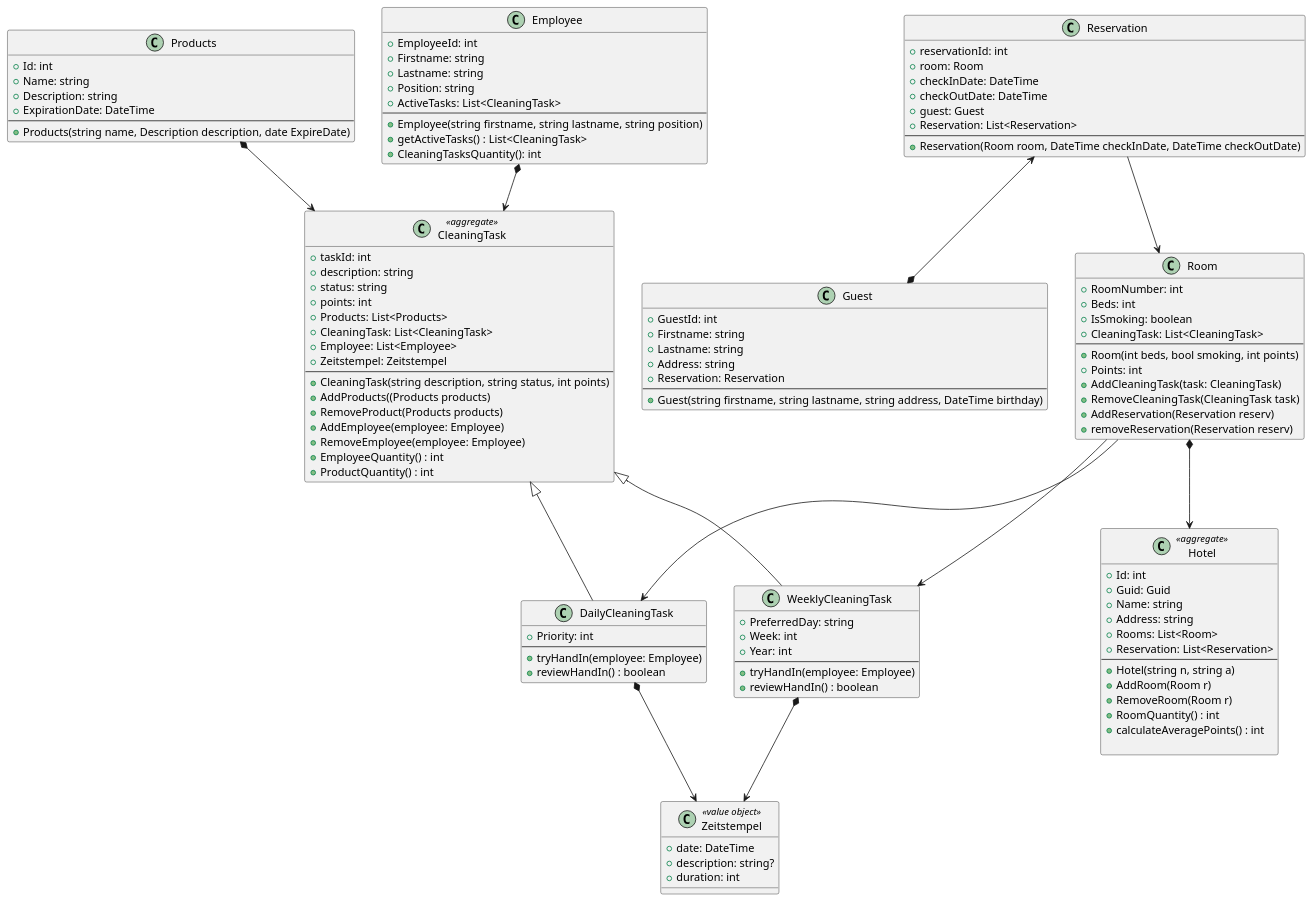
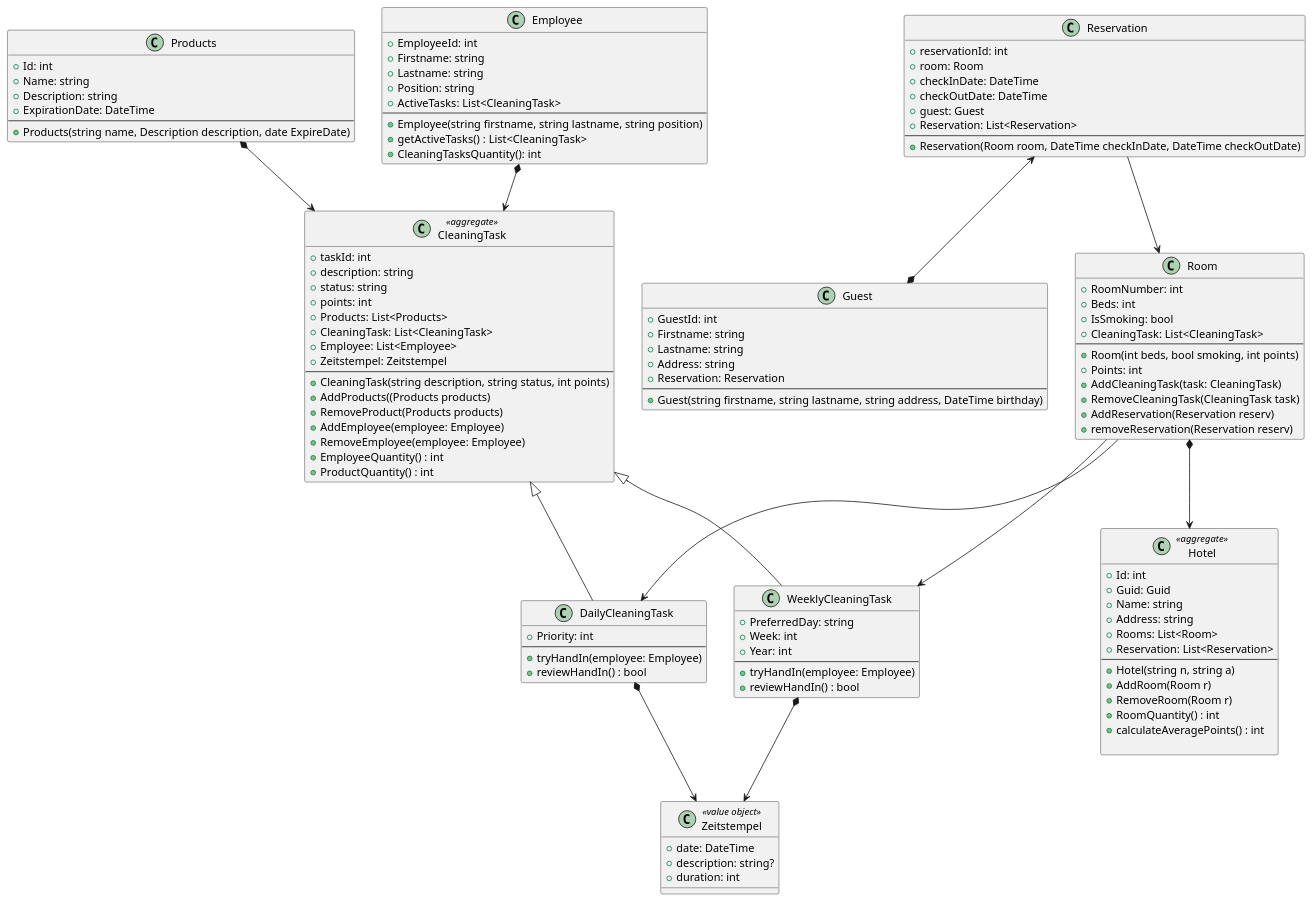
Before and after one commit to LukasW2/Reinigungsverwaltung_Wezo: the diagram in Diagram/diagram.puml, drawn with PlantUML. The commit also changed 9 other files, not shown here.

```diff
--- a/Diagram/diagram.puml
+++ b/Diagram/diagram.puml
@@ -1,128 +1,128 @@
 @startuml
 
 class CleaningTask <<aggregate>> {
   +taskId: int
   +description: string
   +status: string
   +points: int
   +Products: List<Products>
   +CleaningTask: List<CleaningTask>
   +Employee: List<Employee>
   +Zeitstempel: Zeitstempel
   --
   +CleaningTask(string description, string status, int points)
   +AddProducts((Products products)
   +RemoveProduct(Products products) 
   +AddEmployee(employee: Employee)
   +RemoveEmployee(employee: Employee)
   +EmployeeQuantity() : int 
   +ProductQuantity() : int
 }
 
 class DailyCleaningTask extends CleaningTask {
   +Priority: int
   --
   +tryHandIn(employee: Employee)
-  +reviewHandIn() : boolean
+  +reviewHandIn() : bool
 }
 
 class WeeklyCleaningTask extends CleaningTask {
   +PreferredDay: string
   +Week: int
   +Year: int
   --
   +tryHandIn(employee: Employee)
-  +reviewHandIn() : boolean
+  +reviewHandIn() : bool
 }
 
 class Employee {
   +EmployeeId: int
   +Firstname: string
   +Lastname: string
   +Position: string
   +ActiveTasks: List<CleaningTask>
   --
   +Employee(string firstname, string lastname, string position)
   +getActiveTasks() : List<CleaningTask>
   +CleaningTasksQuantity(): int
 }
 
 class Zeitstempel <<value object>>{
     +date: DateTime
     +description: string?
     +duration: int
 }
 
 
 class Products {
   + Id: int
   + Name: string
   + Description: string
   + ExpirationDate: DateTime
   --
   + Products(string name, Description description, date ExpireDate)
 }
 
 class Room {
   +RoomNumber: int
   +Beds: int
-  +IsSmoking: boolean
+  +IsSmoking: bool
   +CleaningTask: List<CleaningTask>
   --
   +Room(int beds, bool smoking, int points)
   +Points: int
   +AddCleaningTask(task: CleaningTask)
   +RemoveCleaningTask(CleaningTask task)
   +AddReservation(Reservation reserv)
   +removeReservation(Reservation reserv)
 }
 
 class Hotel <<aggregate>> {
   +Id: int
   +Guid: Guid
   +Name: string
   +Address: string
   +Rooms: List<Room>
   +Reservation: List<Reservation>
   --
   +Hotel(string n, string a)
   +AddRoom(Room r)
   +RemoveRoom(Room r)
   +RoomQuantity() : int
   +calculateAveragePoints() : int
   
 }
 
 class Guest {
   +GuestId: int
   +Firstname: string
   +Lastname: string
   +Address: string
   +Reservation: Reservation
   --
   +Guest(string firstname, string lastname, string address, DateTime birthday)
 }
 
 class Reservation {
   +reservationId: int
   +room: Room
   +checkInDate: DateTime
   +checkOutDate: DateTime
   +guest: Guest
   +Reservation: List<Reservation>
   --
   +Reservation(Room room, DateTime checkInDate, DateTime checkOutDate)
 }
 
 DailyCleaningTask *--> Zeitstempel
 WeeklyCleaningTask *--> Zeitstempel
 
 Employee *--> CleaningTask
 Room --> DailyCleaningTask
 Room --> WeeklyCleaningTask
 Room *--> Hotel
 Reservation <--* Guest
 Reservation --> Room
 Products *--> CleaningTask
 
 @enduml
```
